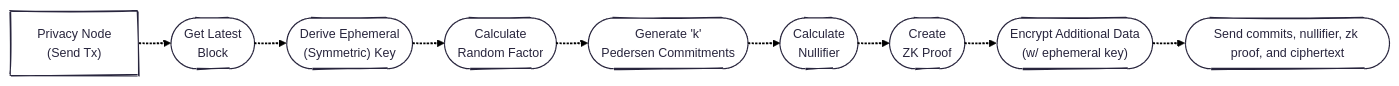
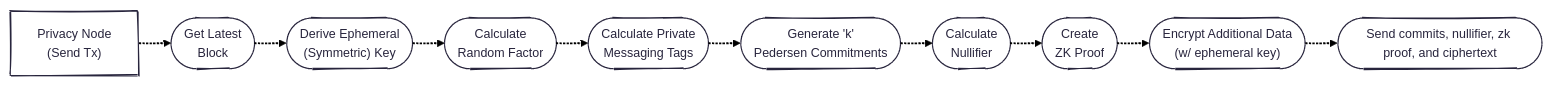
One commit to raylsnetwork/Enygma changed the sixth of 9 diagrams in enygma_payments/README.md. Above: the diagram before and after it, drawn with Mermaid. The commit also changed other lines of this file, not shown here.

````diff
--- a/enygma_payments/README.md
+++ b/enygma_payments/README.md
@@ -146,23 +146,24 @@
 ```mermaid
 ---
 config:
   theme: redux
   layout: elk
   look: handDrawn
 ---
 flowchart LR
 
     %% PL (Send)
     pl_send["Privacy Node<br>(Send Tx)"]
     getblock_send(["Get Latest<br>Block"])
     derivesendkey(["Derive Ephemeral<br>(Symmetric) Key"])
-    calcR_send(["Calculate<br>Random Factor"])
+    calc_r(["Calculate<br>Random Factor"])
+    calc_tags(["Calculate Private<br>Messaging Tags"])
     tx_commits(["Generate 'k'<br>Pedersen Commitments"])
     nullifier(["Calculate<br>Nullifier"])
     zk_proof(["Create<br>ZK Proof"])
     encrypt_ad(["Encrypt Additional Data<br>(w/ ephemeral key)"])
     send_tx(["Send commits, nullifier, zk proof, and ciphertext"])
 
-    pl_send -.-> getblock_send -.-> derivesendkey -.-> calcR_send -.-> tx_commits -.-> nullifier -.-> zk_proof -.-> encrypt_ad -.-> send_tx
+    pl_send -.-> getblock_send -.-> derivesendkey -.-> calc_r -.-> calc_tags -.-> tx_commits -.-> nullifier -.-> zk_proof -.-> encrypt_ad -.-> send_tx
 
 ```
````
